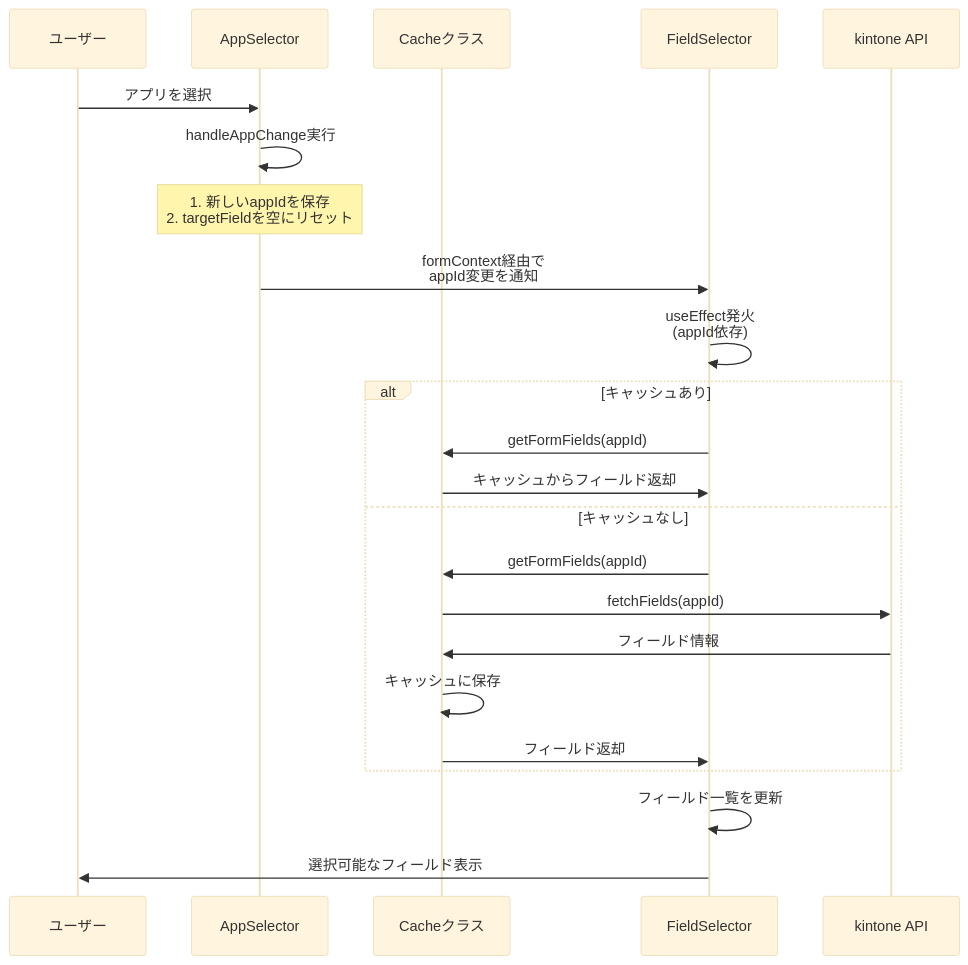
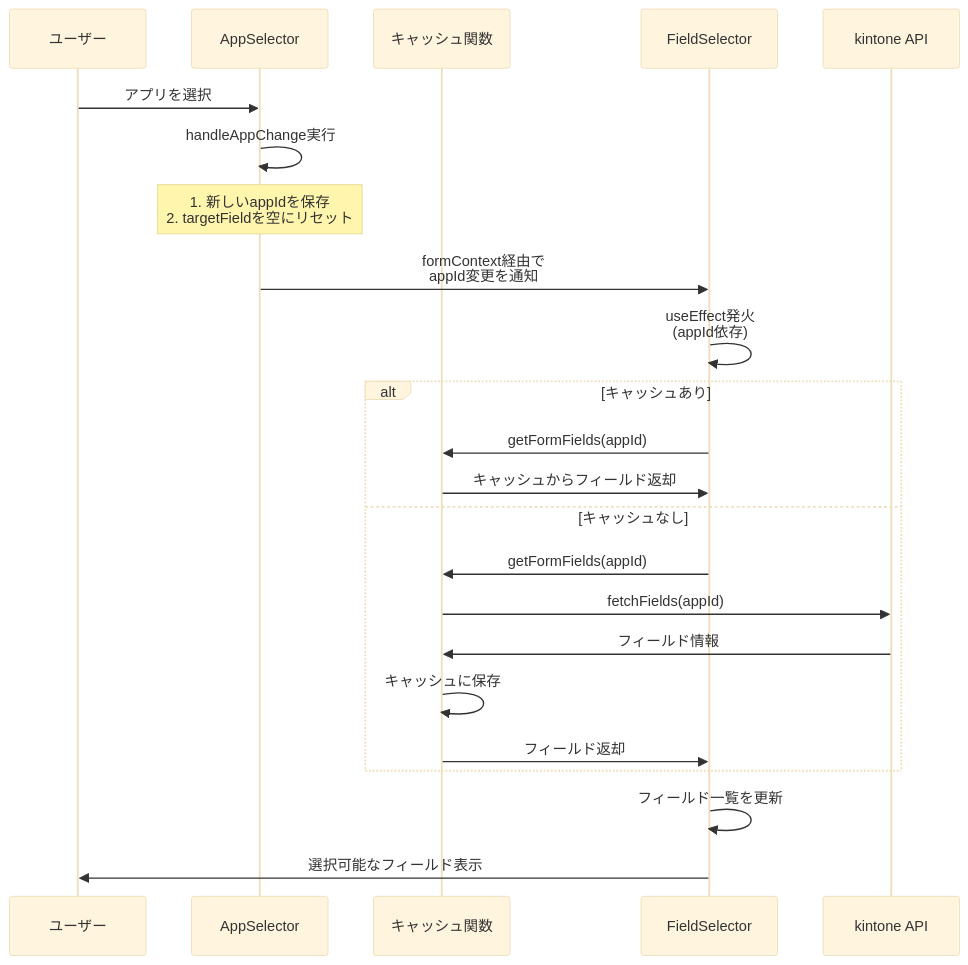
Before and after one commit to okayus/kintone-plugin-template: the second of 7 diagrams in docs/dynamic-field-selection.md, drawn with Mermaid (base theme). The commit also changed other lines of this file and 5 other files, not shown here.

````diff
--- a/docs/dynamic-field-selection.md
+++ b/docs/dynamic-field-selection.md
@@ -66,31 +66,31 @@
 ```mermaid
 sequenceDiagram
     participant User as ユーザー
     participant AppSel as AppSelector
-    participant Cache as Cacheクラス
+    participant Cache as キャッシュ関数
     participant FieldSel as FieldSelector
     participant API as kintone API
     
     User->>AppSel: アプリを選択
     AppSel->>AppSel: handleAppChange実行
     
     Note over AppSel: 1. 新しいappIdを保存<br/>2. targetFieldを空にリセット
     
     AppSel->>FieldSel: formContext経由で<br/>appId変更を通知
     
     FieldSel->>FieldSel: useEffect発火<br/>(appId依存)
     
     alt キャッシュあり
         FieldSel->>Cache: getFormFields(appId)
         Cache->>FieldSel: キャッシュからフィールド返却
     else キャッシュなし
         FieldSel->>Cache: getFormFields(appId)
         Cache->>API: fetchFields(appId)
         API->>Cache: フィールド情報
         Cache->>Cache: キャッシュに保存
         Cache->>FieldSel: フィールド返却
     end
     
     FieldSel->>FieldSel: フィールド一覧を更新
     FieldSel->>User: 選択可能なフィールド表示
 ```
````
